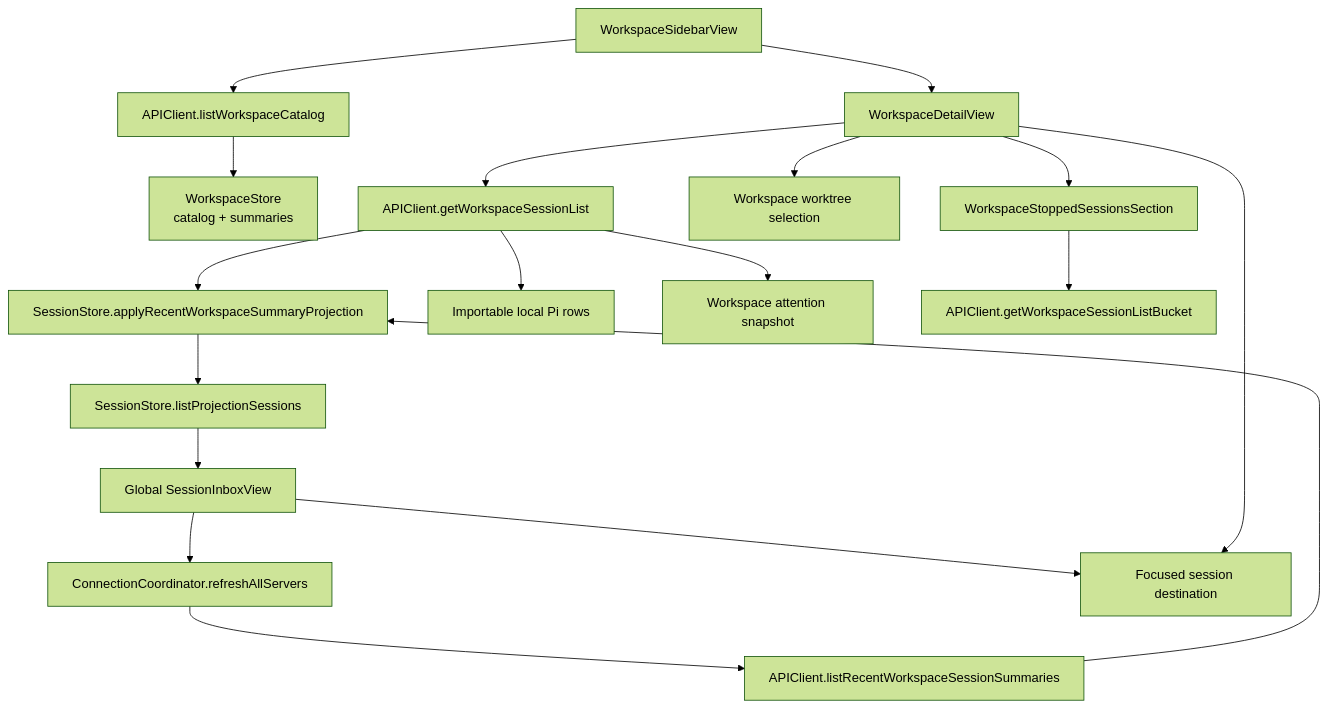
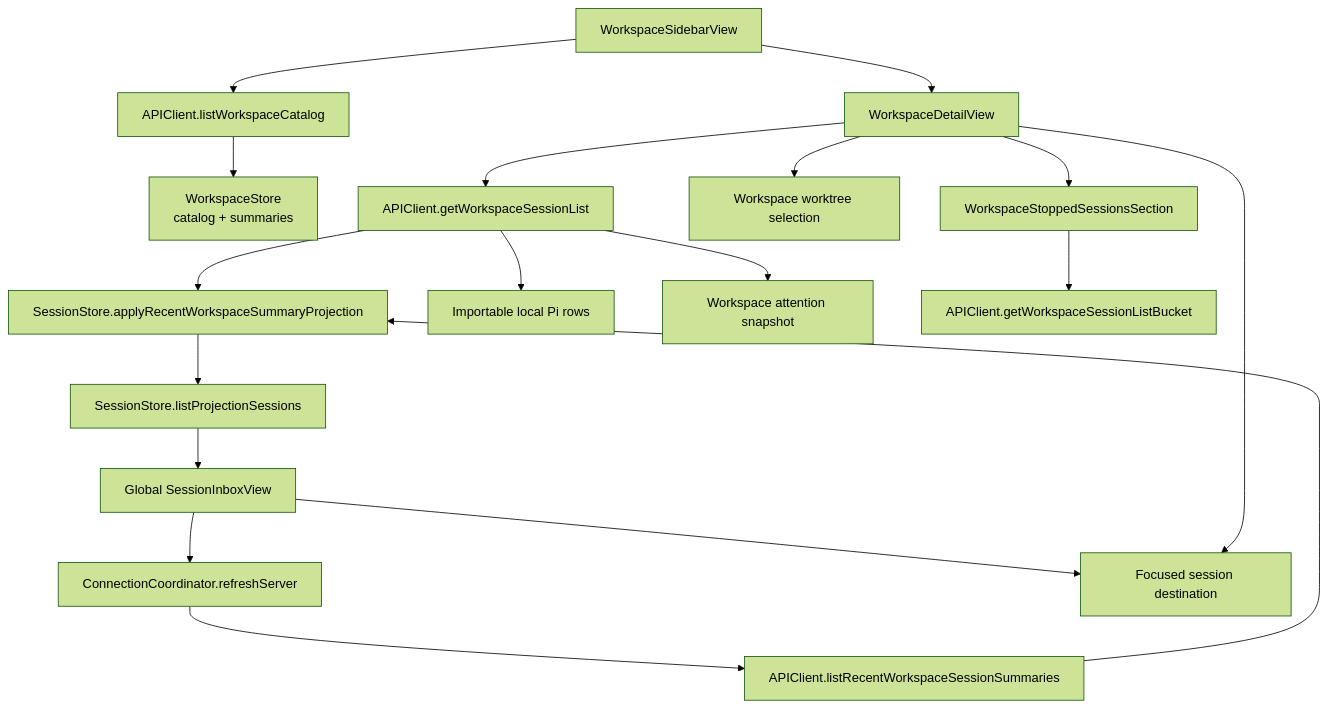
Before and after one commit to duh17/oppi: the third of 4 diagrams in docs/architecture-client.md, drawn with Mermaid (forest theme). The commit also changed other lines of this file and 7 other files, not shown here.

````diff
--- a/docs/architecture-client.md
+++ b/docs/architecture-client.md
@@ -146,23 +146,23 @@
 ```mermaid
 graph TD
   Sidebar[WorkspaceSidebarView] --> CatalogAPI[APIClient.listWorkspaceCatalog]
   CatalogAPI --> WorkspaceStore[WorkspaceStore<br/>catalog + summaries]
 
-  Inbox[Global SessionInboxView] --> Refresh[ConnectionCoordinator.refreshAllServers]
+  Inbox[Global SessionInboxView] --> Refresh[ConnectionCoordinator.refreshServer]
   Refresh --> RecentAPI[APIClient.listRecentWorkspaceSessionSummaries]
   RecentAPI --> SessionStore[SessionStore.applyRecentWorkspaceSummaryProjection]
   SessionStore --> Projection[SessionStore.listProjectionSessions]
   Projection --> Inbox
 
   Sidebar --> Detail[WorkspaceDetailView]
   Detail --> WorkspaceAPI[APIClient.getWorkspaceSessionList]
   WorkspaceAPI --> SessionStore
   WorkspaceAPI --> LocalRows[Importable local Pi rows]
   WorkspaceAPI --> Attention[Workspace attention snapshot]
   Detail --> Worktrees[Workspace worktree selection]
   Detail --> Stopped[WorkspaceStoppedSessionsSection]
   Stopped --> BucketAPI[APIClient.getWorkspaceSessionListBucket]
 
   Inbox --> Chat[Focused session destination]
   Detail --> Chat
 ```
````
